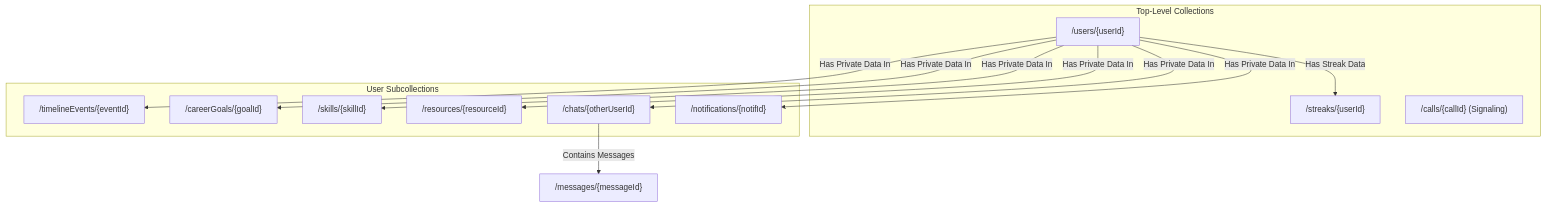
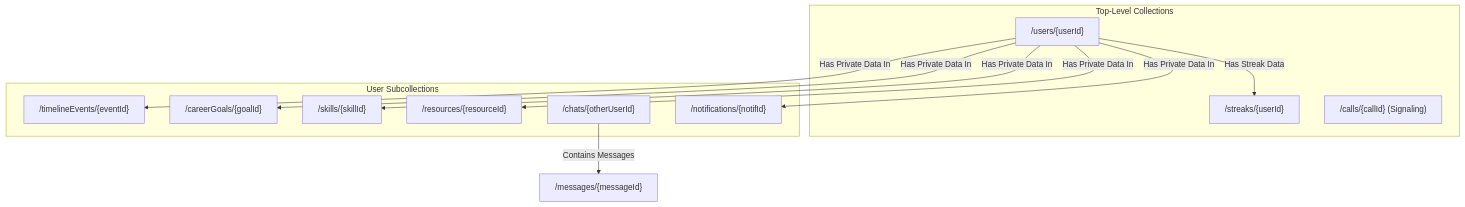
Before and after one commit to AshishYesale7/Calander-Ai: the tenth of 10 diagrams in src/Update catalog/catalog_update_2025-10-30.md, drawn with Mermaid. The commit also changed other lines of this file, not shown here.

````diff
--- a/src/Update catalog/catalog_update_2025-10-30.md
+++ b/src/Update catalog/catalog_update_2025-10-30.md
@@ -307,27 +322,26 @@
 ```mermaid
 graph TD
     subgraph "Top-Level Collections"
         Users["/users/{userId}"]
         Streaks["/streaks/{userId}"]
         Calls["/calls/{callId} (Signaling)"]
     end
 
     subgraph "User Subcollections"
         TimelineEvents["/timelineEvents/{eventId}"]
         CareerGoals["/careerGoals/{goalId}"]
         Skills["/skills/{skillId}"]
         Resources["/resources/{resourceId}"]
         Chats["/chats/{otherUserId}"]
         Notifications["/notifications/{notifId}"]
     end
 
     Users -- "Has Streak Data" --> Streaks
     Users -- "Has Private Data In" --> TimelineEvents
     Users -- "Has Private Data In" --> CareerGoals
     Users -- "Has Private Data In" --> Skills
     Users -- "Has Private Data In" --> Resources
-    Users -- "Has Private Data In" --> Chats
     Users -- "Has Private Data In" --> Notifications
 
     Chats -- "Contains Messages" --> Messages["/messages/{messageId}"]
 ```
````
